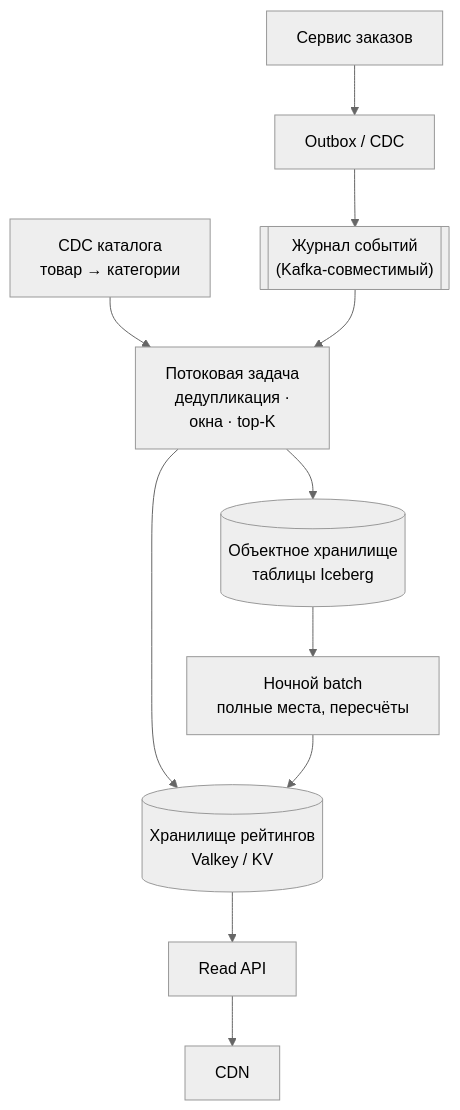
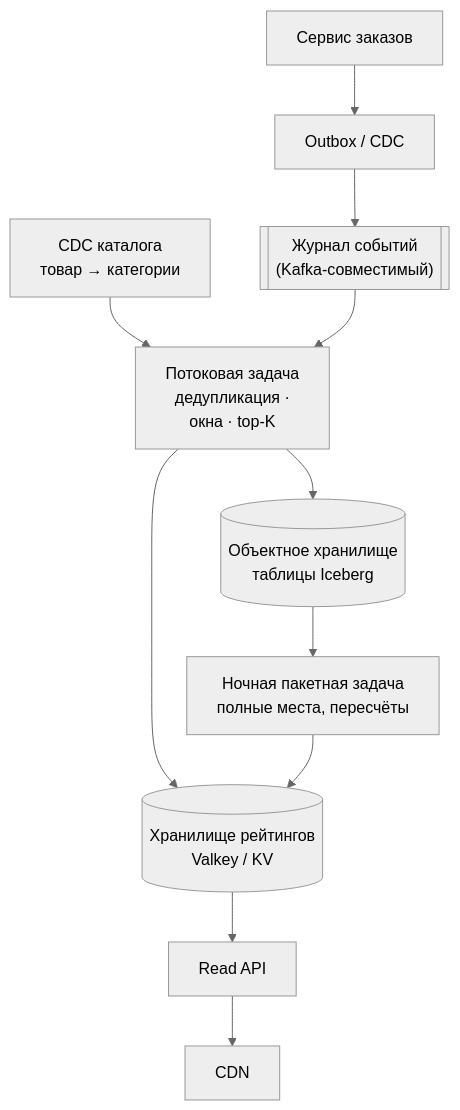
Before and after one commit to butyavk/system-design: the third of 3 diagrams in src/content/docs/ru/practice/sales-rank.mdx, drawn with Mermaid (neutral theme). The commit also changed other lines of this file and 117 other files, not shown here.

````diff
--- a/src/content/docs/ru/practice/sales-rank.mdx
+++ b/src/content/docs/ru/practice/sales-rank.mdx
@@ -294,13 +294,13 @@
 ```mermaid
 flowchart TB
   shop["Сервис заказов"] --> outbox["Outbox / CDC"]
   outbox --> log[["Журнал событий<br/>(Kafka-совместимый)"]]
   catalog["CDC каталога<br/>товар → категории"] --> flink
   log --> flink["Потоковая задача<br/>дедупликация ·<br/>окна · top-K"]
   flink --> kv[("Хранилище рейтингов<br/>Valkey / KV")]
   flink --> lake[("Объектное хранилище<br/>таблицы Iceberg")]
   kv --> api["Read API"]
   api --> cdn["CDN"]
-  lake --> batch["Ночной batch<br/>полные места, пересчёты"]
+  lake --> batch["Ночная пакетная задача<br/>полные места, пересчёты"]
   batch --> kv
 ```
````
